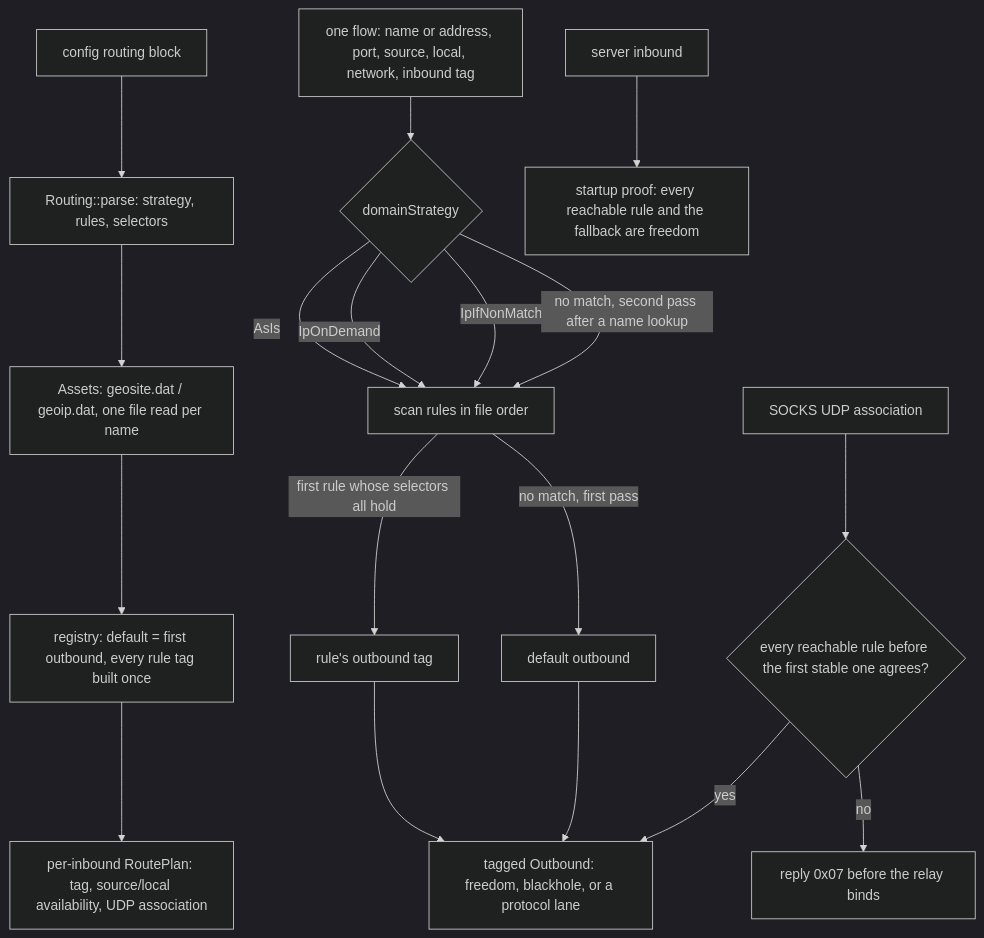
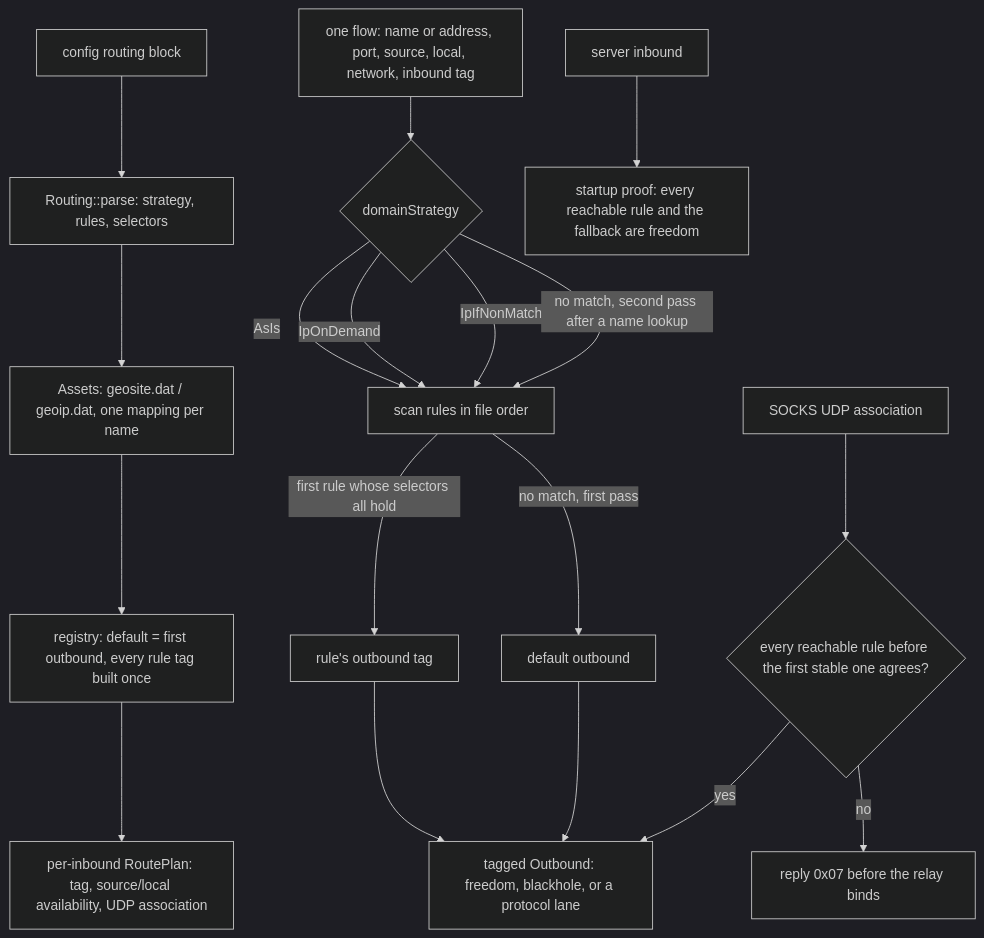
One commit to Ferrocite/ferrox changed the diagram in docs/function/engine-router.md. Above: the diagram before and after it, drawn with Mermaid (dark theme). The commit also changed other lines of this file and 2 other files, not shown here.

Commit message:
routing: one-pass suffix probes, skipped asset entries, and mapped containers

````diff
--- a/docs/function/engine-router.md
+++ b/docs/function/engine-router.md
@@ -26,20 +29,20 @@
 ```mermaid
 graph TD
     C["config routing block"] --> P["Routing::parse: strategy, rules, selectors"]
-    P --> A["Assets: geosite.dat / geoip.dat, one file read per name"]
+    P --> A["Assets: geosite.dat / geoip.dat, one mapping per name"]
     A --> R["registry: default = first outbound, every rule tag built once"]
     R --> I["per-inbound RoutePlan: tag, source/local availability, UDP association"]
     F["one flow: name or address, port, source, local, network, inbound tag"] --> S{"domainStrategy"}
     S -- AsIs --> M["scan rules in file order"]
     S -- IpOnDemand --> M
     S -- IpIfNonMatch --> M
     M -- "first rule whose selectors all hold" --> T["rule's outbound tag"]
     M -- "no match, first pass" --> D["default outbound"]
     S -- "no match, second pass after a name lookup" --> M
     T --> O["tagged Outbound: freedom, blackhole, or a protocol lane"]
     D --> O
     U["SOCKS UDP association"] --> Q{"every reachable rule before the first stable one agrees?"}
     Q -- yes --> O
     Q -- no --> X["reply 0x07 before the relay binds"]
     V["server inbound"] --> G["startup proof: every reachable rule and the fallback are freedom"]
 ```
````
